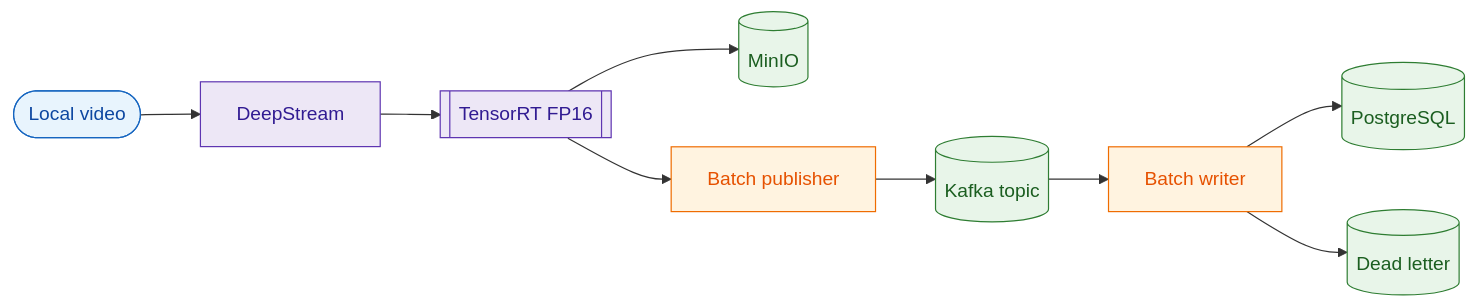
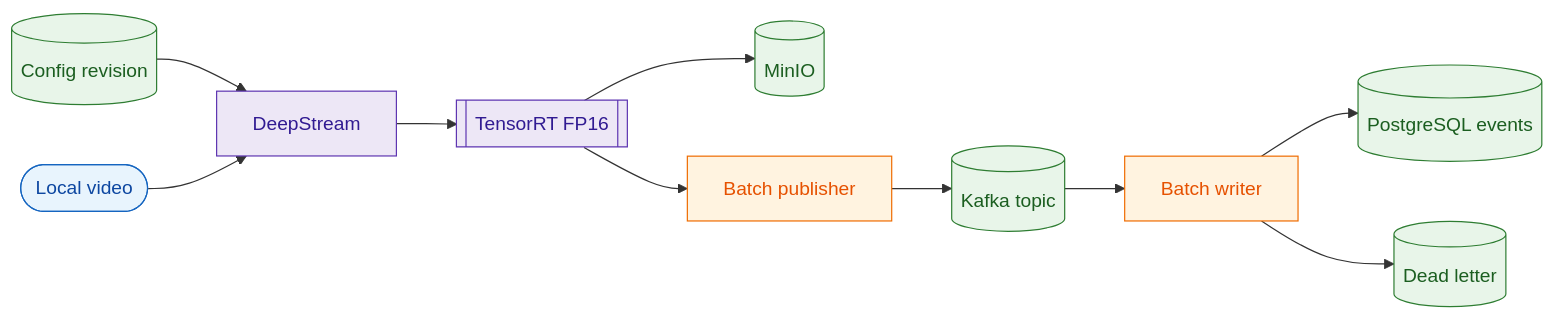
The diagram in README.md (ali031reza/deepstream-ai-monitoring), drawn with Mermaid before and after one commit. The commit also changed other lines of this file and 15 other files, not shown here.

````diff
--- a/README.md
+++ b/README.md
@@ -17,21 +17,22 @@
 ```mermaid
 flowchart LR
-    clip([Local video]) --> decode[DeepStream]
+    revision[(Config revision)] --> decode[DeepStream]
+    clip([Local video]) --> decode
     decode --> trt[[TensorRT FP16]]
     trt --> images[(MinIO)]
     trt --> publish[Batch publisher]
     publish --> topic[(Kafka topic)]
     topic --> writer[Batch writer]
-    writer --> events[(PostgreSQL)]
+    writer --> events[(PostgreSQL events)]
     writer --> dead[(Dead letter)]
 
     classDef io fill:#e8f4fd,stroke:#1565c0,color:#0d47a1
     classDef gpu fill:#ede7f6,stroke:#5e35b1,color:#311b92
     classDef bus fill:#fff3e0,stroke:#ef6c00,color:#e65100
     classDef db fill:#e8f5e9,stroke:#2e7d32,color:#1b5e20
 
     class clip io
     class decode,trt gpu
     class publish,writer bus
-    class topic,images,events,dead db
+    class topic,images,events,revision,dead db
 ```
````
